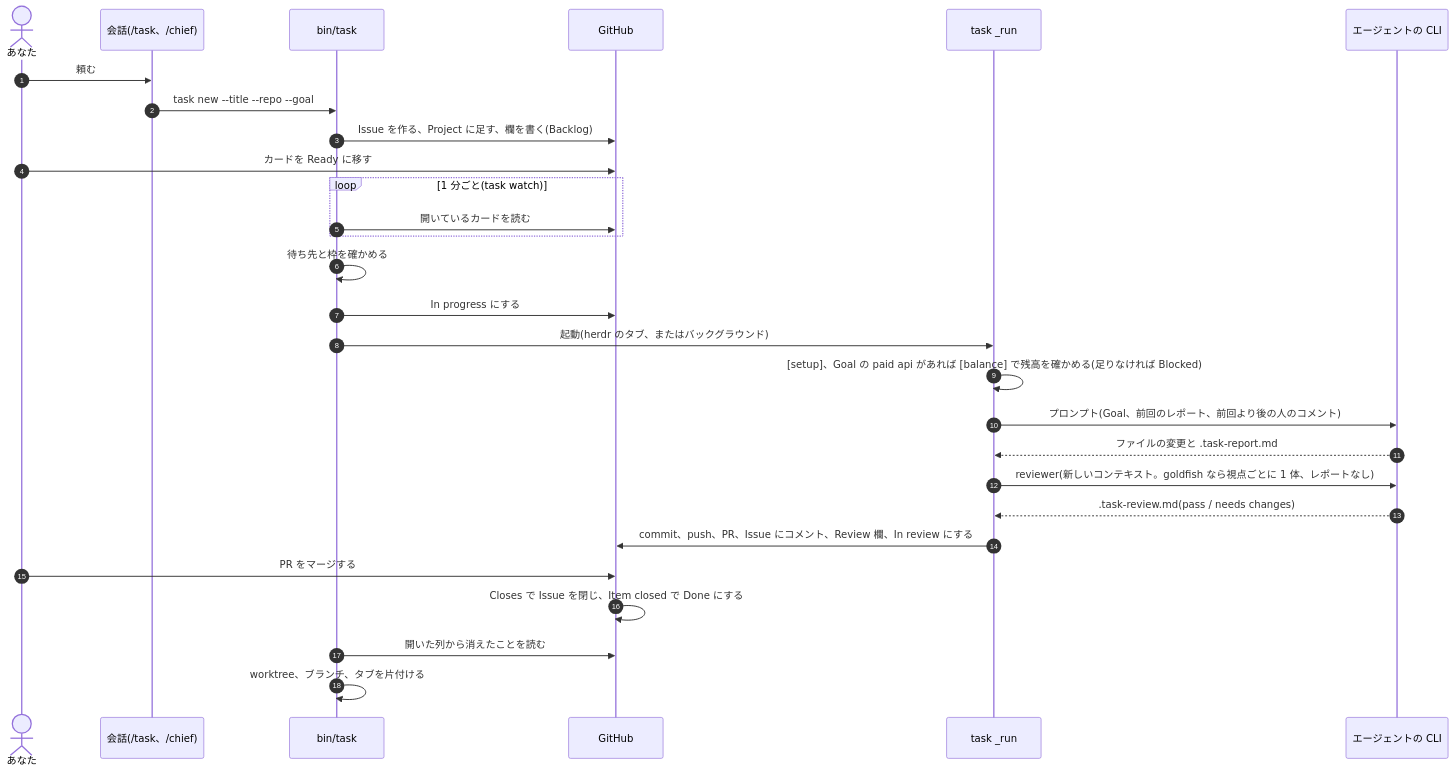
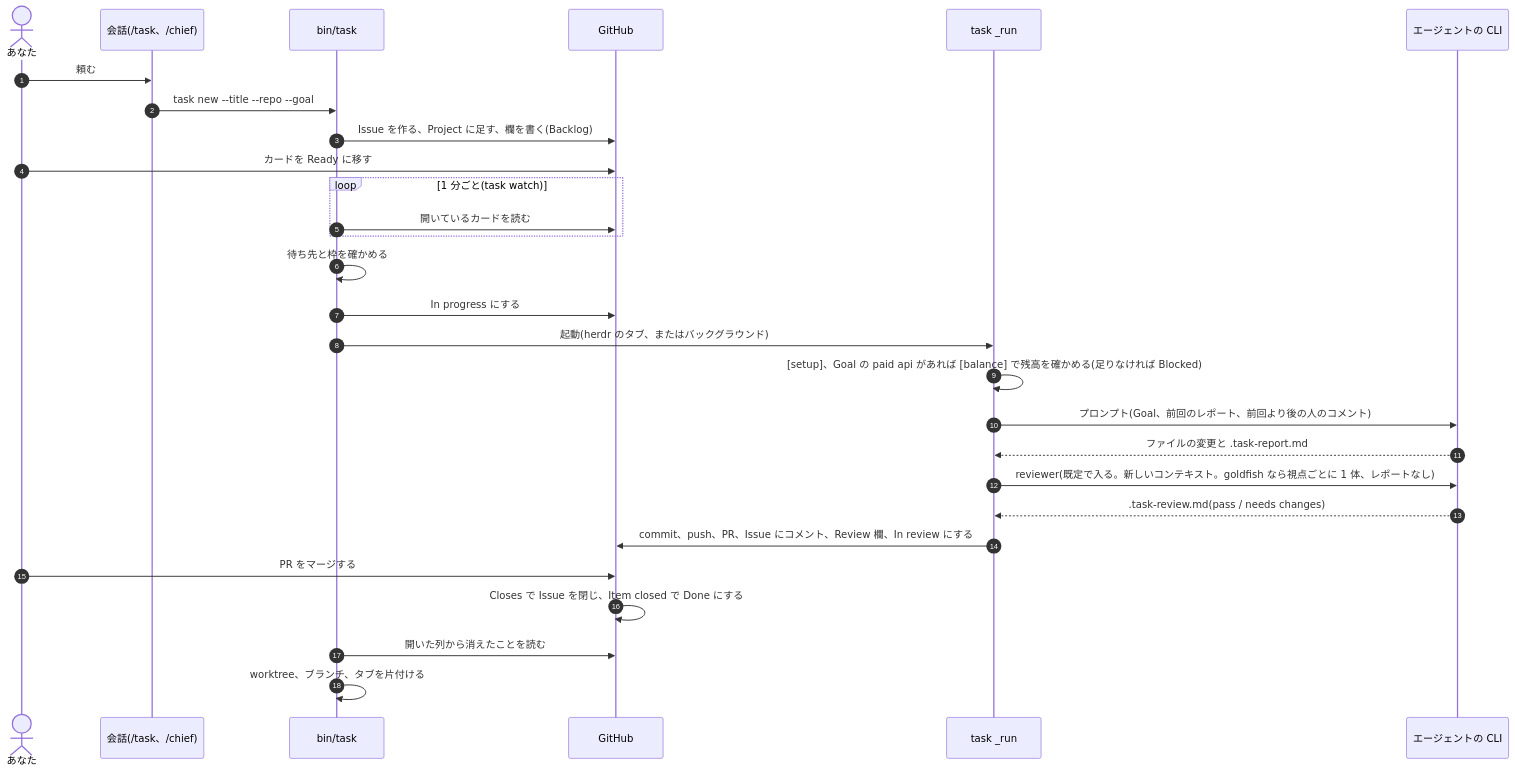
Before and after one commit to jyoka/task-hub: the third of 10 diagrams in docs/architecture/hld.md, drawn with Mermaid. The commit also changed other lines of this file and 18 other files, not shown here.

````diff
--- a/docs/architecture/hld.md
+++ b/docs/architecture/hld.md
@@ -162,31 +162,31 @@
 ```mermaid
 sequenceDiagram
     autonumber
     actor You as あなた
     participant Chat as 会話(/task、/chief)
     participant Task as bin/task
     participant GH as GitHub
     participant Run as task _run
     participant Agent as エージェントの CLI
 
     You->>Chat: 頼む
     Chat->>Task: task new --title --repo --goal
     Task->>GH: Issue を作る、Project に足す、欄を書く(Backlog)
     You->>GH: カードを Ready に移す
     loop 1 分ごと(task watch)
         Task->>GH: 開いているカードを読む
     end
     Task->>Task: 待ち先と枠を確かめる
     Task->>GH: In progress にする
     Task->>Run: 起動(herdr のタブ、またはバックグラウンド)
     Run->>Run: [setup]、Goal の paid api があれば [balance] で残高を確かめる(足りなければ Blocked)
     Run->>Agent: プロンプト(Goal、前回のレポート、前回より後の人のコメント)
     Agent-->>Run: ファイルの変更と .task-report.md
-    Run->>Agent: reviewer(新しいコンテキスト。goldfish なら視点ごとに 1 体、レポートなし)
+    Run->>Agent: reviewer(既定で入る。新しいコンテキスト。goldfish なら視点ごとに 1 体、レポートなし)
     Agent-->>Run: .task-review.md(pass / needs changes)
     Run->>GH: commit、push、PR、Issue にコメント、Review 欄、In review にする
     You->>GH: PR をマージする
     GH->>GH: Closes で Issue を閉じ、Item closed で Done にする
     Task->>GH: 開いた列から消えたことを読む
     Task->>Task: worktree、ブランチ、タブを片付ける
 ```
````
